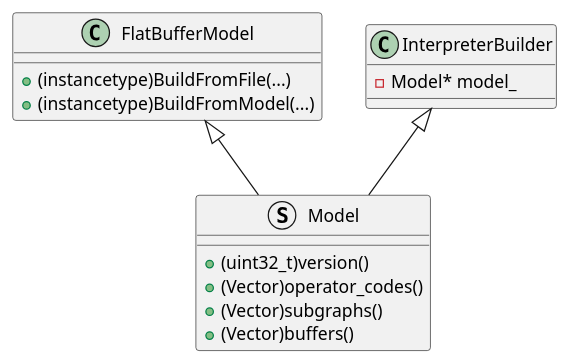
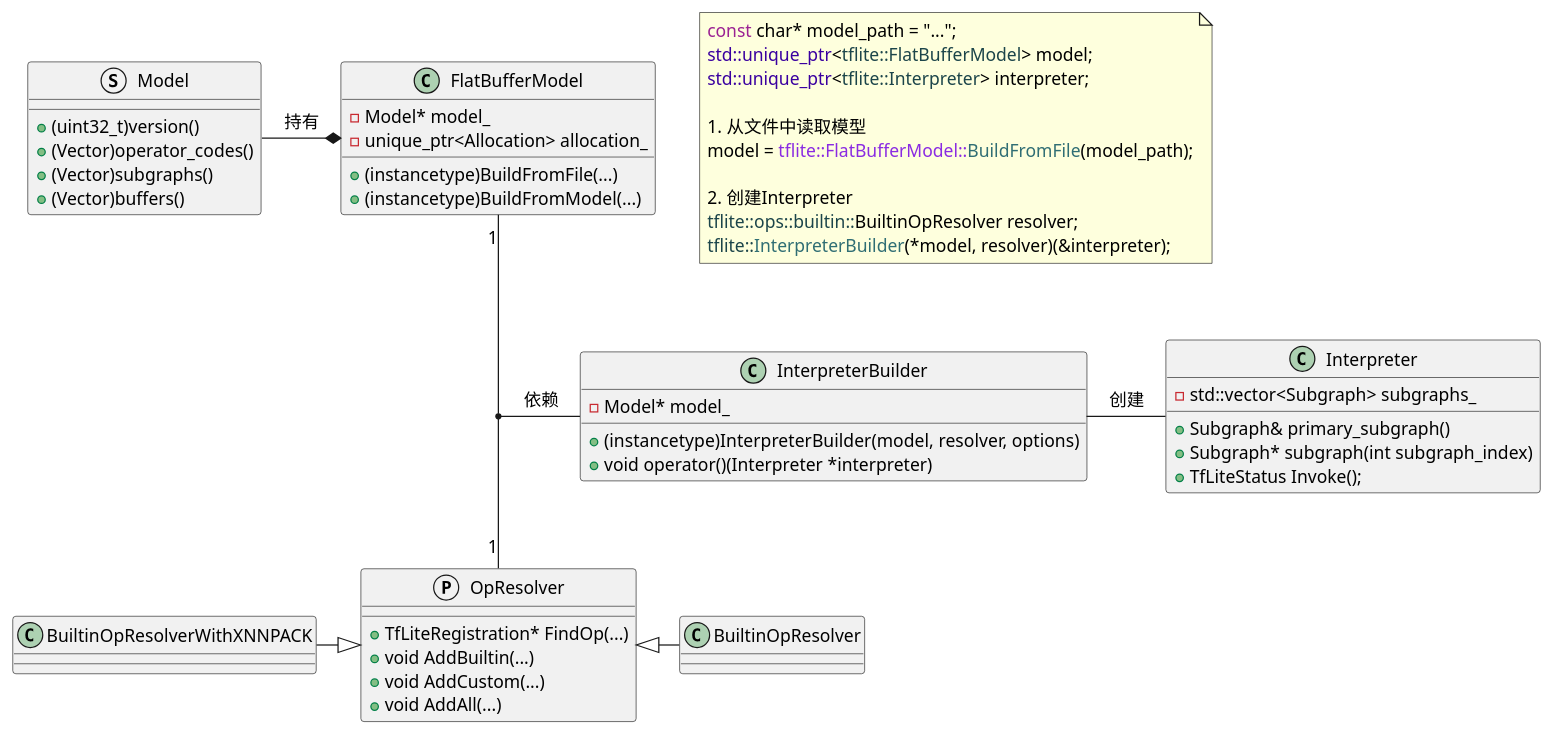
One commit to ourfor/tensorflow changed the diagram in demo/LabelImage/tflite_class.plantuml. Above: the diagram before and after it, drawn with PlantUML. The commit also changed 1 other file, not shown here.

Commit message:
📝 add tflite uml

```diff
--- a/demo/LabelImage/tflite_class.plantuml
+++ b/demo/LabelImage/tflite_class.plantuml
@@ -1,20 +1,72 @@
 @startuml
+set namespaceSeparator ::
+skinparam defaultFontName "DankMono Nerd Font"
+skinparam defaultFontSize 14
+
 class FlatBufferModel {
+- Model* model_
+- unique_ptr<Allocation> allocation_
 + (instancetype)BuildFromFile(...)
 + (instancetype)BuildFromModel(...)
+}
+
+class BuiltinOpResolver {
+
+}
+
+protocol OpResolver {
++  TfLiteRegistration* FindOp(...)
++  void AddBuiltin(...)
++  void AddCustom(...)
++  void AddAll(...)
+}
+
+class BuiltinOpResolver {
+
+}
+
+class BuiltinOpResolverWithXNNPACK {
+
+}
+
+class Interpreter {
+- std::vector<Subgraph> subgraphs_
++ Subgraph& primary_subgraph()
++ Subgraph* subgraph(int subgraph_index)
++ TfLiteStatus Invoke();
 }
 
 struct Model {
 + (uint32_t)version()
 + (Vector)operator_codes()
 + (Vector)subgraphs()
 + (Vector)buffers()
 }
 
 class InterpreterBuilder {
 - Model* model_
++ (instancetype)InterpreterBuilder(model, resolver, options)
++ void operator()(Interpreter *interpreter)
 }
 
-InterpreterBuilder <|-- Model
-FlatBufferModel <|-- Model
+Model -* FlatBufferModel: 持有
+FlatBufferModel "1" -- "1" OpResolver
+(FlatBufferModel, OpResolver) - InterpreterBuilder : 依赖
+InterpreterBuilder - Interpreter : 创建
+BuiltinOpResolverWithXNNPACK -|> OpResolver
+OpResolver <|- BuiltinOpResolver
+
+note as N1
+<color:#9b2293>const</color> char* model_path = "...";
+<color:#3a00a0>std::unique_ptr</color><<color:#1c454a>tflite::FlatBufferModel</color>> model;
+<color:#3a00a0>std::unique_ptr</color><<color:#1c454a>tflite::Interpreter</color>> interpreter;
+
+1. 从文件中读取模型
+model = <color:BlueViolet>tflite::FlatBufferModel::</color><color:#306e74>BuildFromFile</color>(model_path);
+
+2. 创建Interpreter
+<color:#1c454a>tflite::ops::builtin::</color>BuiltinOpResolver resolver;
+<color:#1c454a>tflite::</color><color:#306e74>InterpreterBuilder</color>(*model, resolver)(&interpreter);
+end note
+
 @enduml
```
